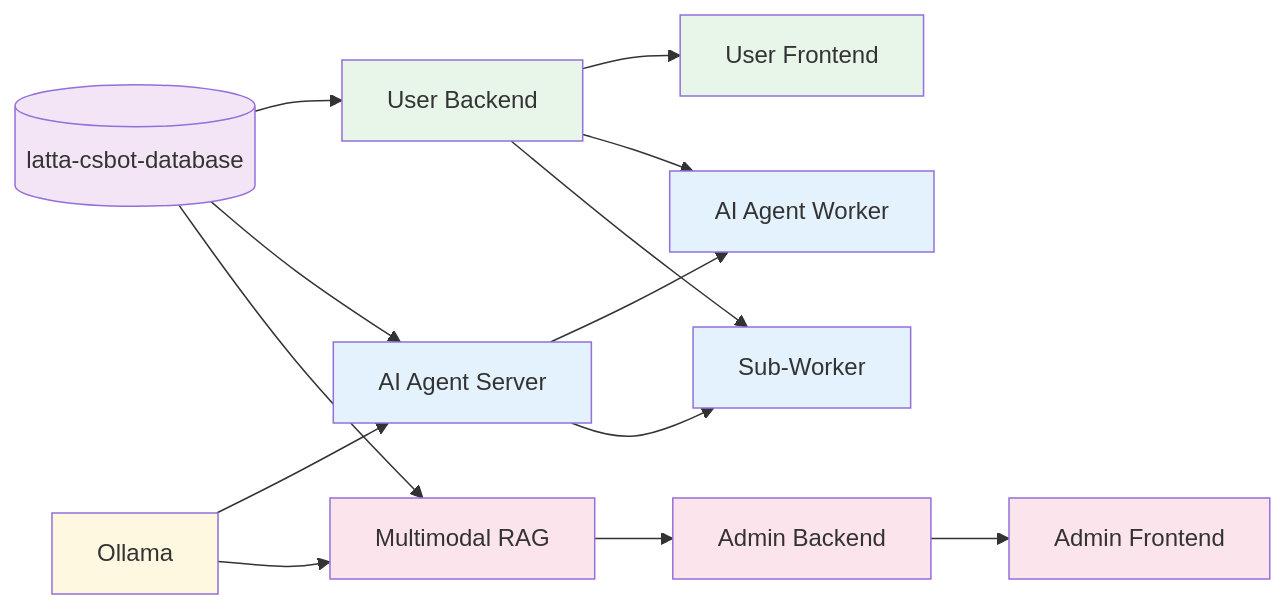
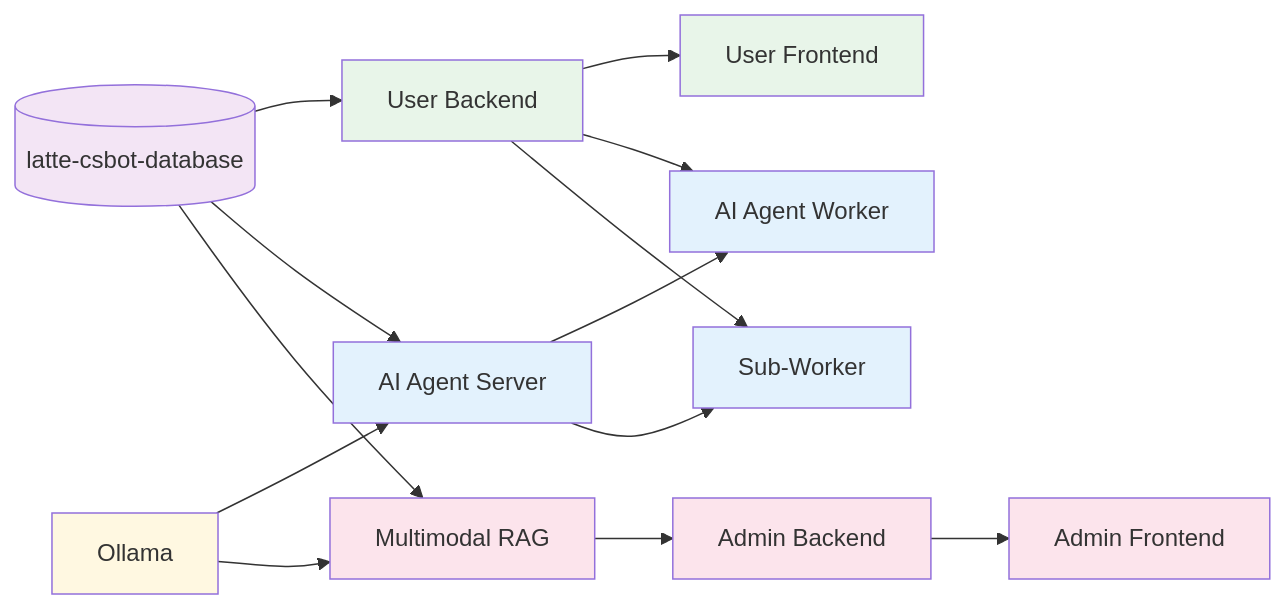
Diagram 14 of 15 in ARCHITECTURE.md (AtiwitchJ/customer-service-ai-chatbot), drawn with Mermaid before and after one commit. The commit also changed other lines of this file and 1769 other files, not shown here.

First line of the commit message:
refactor: rename project components from 'latta' to 'latte' and update configurations

````diff
--- a/ARCHITECTURE.md
+++ b/ARCHITECTURE.md
@@ -787,55 +787,55 @@
 ```mermaid
 graph LR
     %% Level 1: Database
-    DB[(latta-csbot-database)]
+    DB[(latte-csbot-database)]
     
     %% Level 2: LLM
     LLM[Ollama]
     
     %% Level 3: User Services
     UB[User Backend]
     
     %% Level 4: AI Agent
     AS[AI Agent Server]
     AW[AI Agent Worker]
     SW[Sub-Worker]
     
     %% Level 5: User Frontend
     UF[User Frontend]
     
     %% Level 6: Admin Services
     RAG[Multimodal RAG]
     AB[Admin Backend]
     AF[Admin Frontend]
     
     %% Dependencies
     DB --> UB
     DB --> AS
     DB --> RAG
     
     LLM --> AS
     LLM --> RAG
     
     UB --> UF
     UB --> AW
     UB --> SW
     
     AS --> AW
     AS --> SW
     
     RAG --> AB
     AB --> AF
     
     %% Styling
     classDef db fill:#f3e5f5
     classDef llm fill:#fff8e1
     classDef user fill:#e8f5e9
     classDef ai fill:#e3f2fd
     classDef admin fill:#fce4ec
     
     class DB db
     class LLM llm
     class UB,UF user
     class AS,AW,SW ai
     class RAG,AB,AF admin
 ```
````
